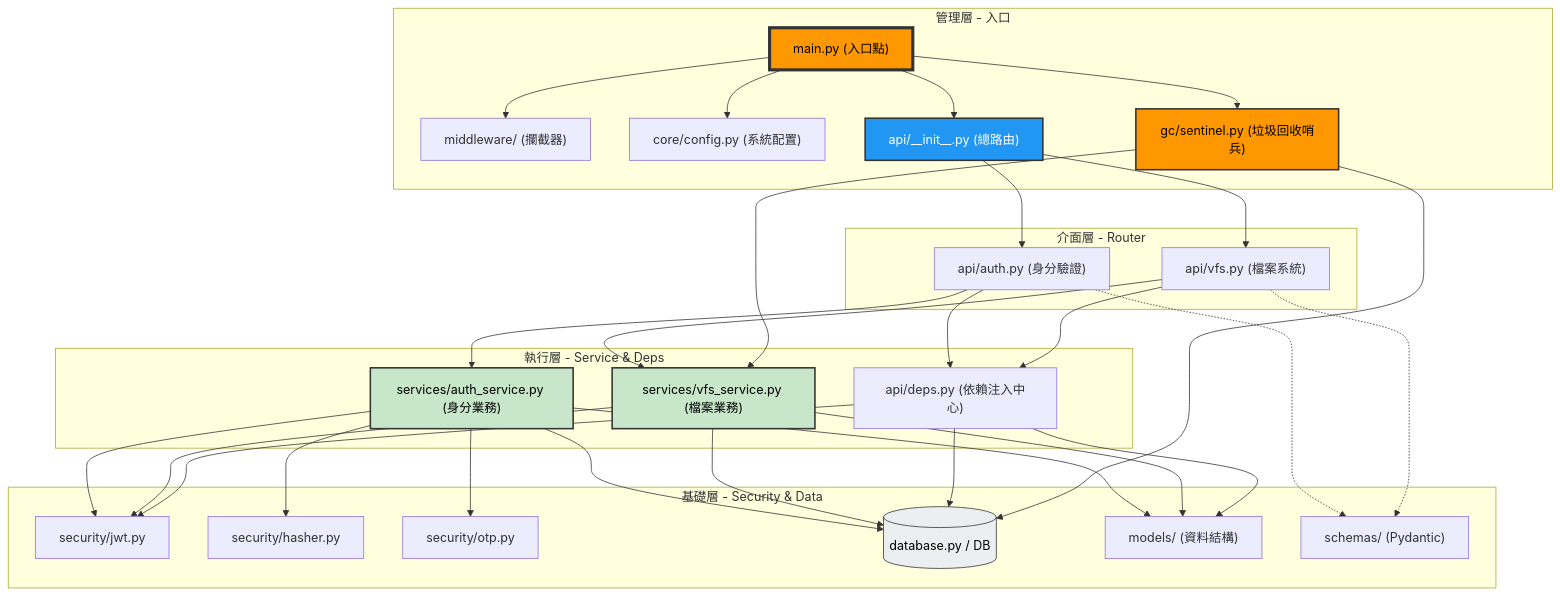
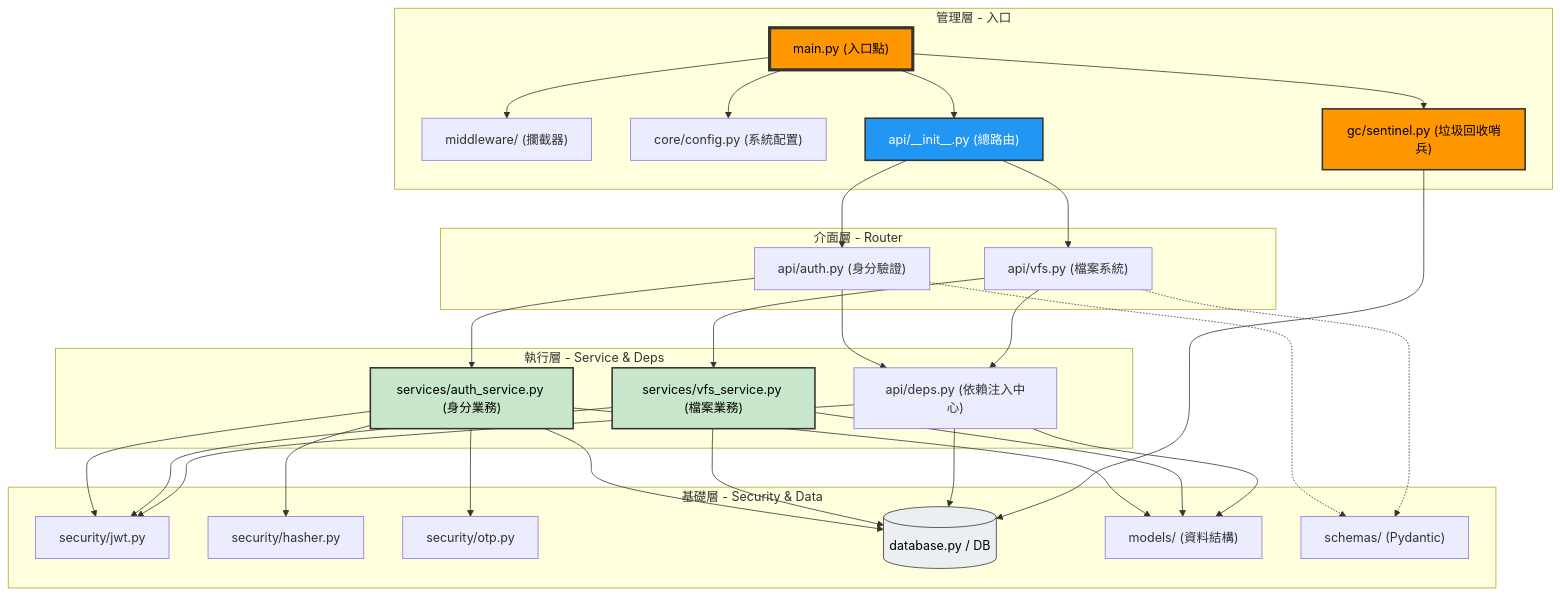
The diagram in dev/system_structure.md (Salt-Shio/FileBrowser), drawn with Mermaid before and after one commit.

Commit message:
docs: 更新系統架構圖，移除 GC 與 VFS 關聯以反映最新解耦設計

````diff
--- a/dev/system_structure.md
+++ b/dev/system_structure.md
@@ -5,76 +5,75 @@
 ```mermaid
 graph TD
     subgraph Layer_1 [管理層 - 入口]
         MAIN["main.py (入口點)"]
         MIDDLEWARE["middleware/ (攔截器)"]
         CORE["core/config.py (系統配置)"]
         API_INIT["api/__init__.py (總路由)"]
         GC_SENTINEL["gc/sentinel.py (垃圾回收哨兵)"]
     end
 
     subgraph Layer_2 [介面層 - Router]
         AUTH_API["api/auth.py (身分驗證)"]
         VFS_API["api/vfs.py (檔案系統)"]
     end
 
     subgraph Layer_3 [執行層 - Service & Deps]
         AUTH_SVC["services/auth_service.py (身分業務)"]
         VFS_SVC["services/vfs_service.py (檔案業務)"]
         DEPS["api/deps.py (依賴注入中心)"]
     end
 
     subgraph Layer_4 [基礎層 - Security & Data]
         JWT["security/jwt.py"]
         HASHER["security/hasher.py"]
         OTP["security/otp.py"]
         DB[("database.py / DB")]
         MODELS["models/ (資料結構)"]
         SCHEMAS["schemas/ (Pydantic)"]
     end
 
     %% 調用關係
     MAIN --> MIDDLEWARE
     MAIN --> CORE
     MAIN --> API_INIT
     MAIN --> GC_SENTINEL
 
     API_INIT --> AUTH_API
     API_INIT --> VFS_API
 
     %% 業務與依賴
     AUTH_API --> AUTH_SVC
     AUTH_API --> DEPS
     VFS_API --> VFS_SVC
     VFS_API --> DEPS
 
     %% 執行層調用基礎層
     AUTH_SVC --> JWT
     AUTH_SVC --> HASHER
     AUTH_SVC --> OTP
     AUTH_SVC --> DB
     AUTH_SVC --> MODELS
 
     VFS_SVC --> DB
     VFS_SVC --> MODELS
     VFS_SVC --> JWT
 
     DEPS --> DB
     DEPS --> JWT
     DEPS --> MODELS
 
-    %% 背景 GC 哨兵調用 (單向依賴，無循環引用)
-    GC_SENTINEL --> VFS_SVC
+    %% 背景 GC 哨兵調用
     GC_SENTINEL --> DB
 
     %% Schema 調用
     AUTH_API -.-> SCHEMAS
     VFS_API -.-> SCHEMAS
 
     %% 樣式美化
     style MAIN fill:#FF9800,stroke:#333,stroke-width:4px,color:#000
     style GC_SENTINEL fill:#FF9800,stroke:#333,stroke-width:2px,color:#000
     style API_INIT fill:#2196F3,stroke:#333,stroke-width:2px,color:#fff
     style AUTH_SVC fill:#C8E6C9,stroke:#333,stroke-width:2px,color:#000
     style VFS_SVC fill:#C8E6C9,stroke:#333,stroke-width:2px,color:#000
     style DB fill:#ECEFF1,stroke:#333,color:#000
 ```
````
